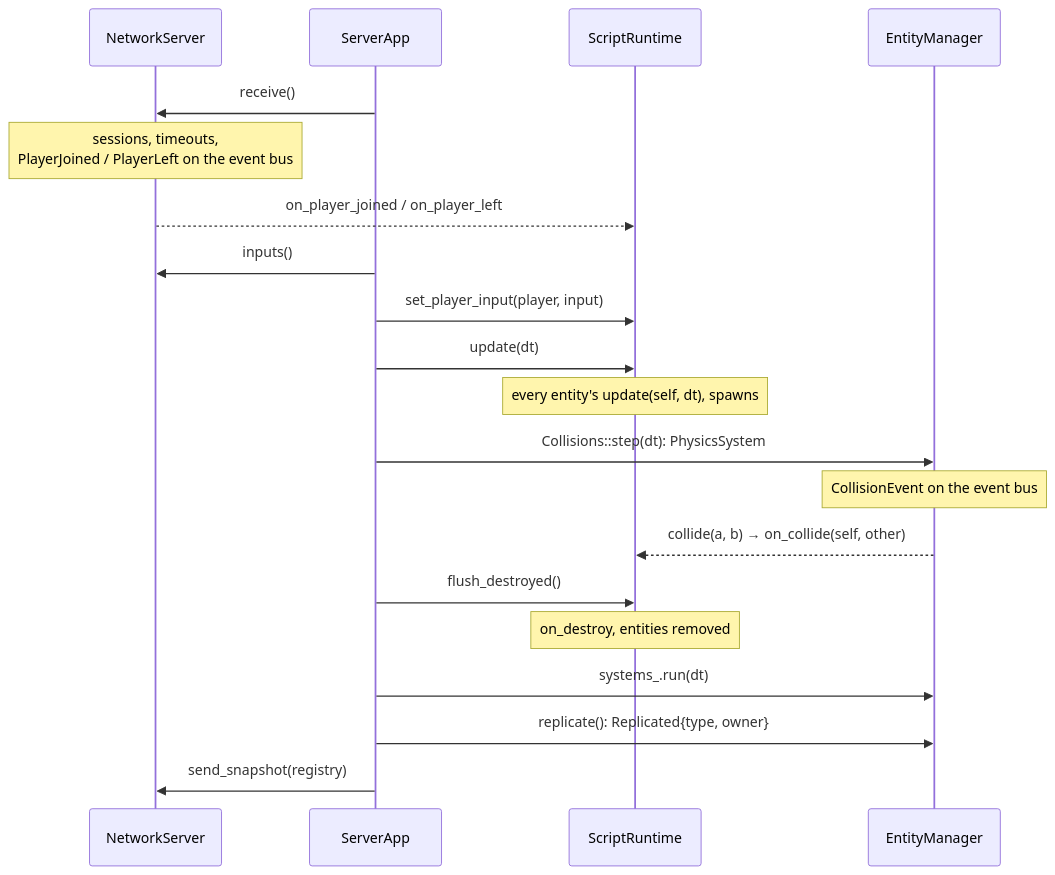
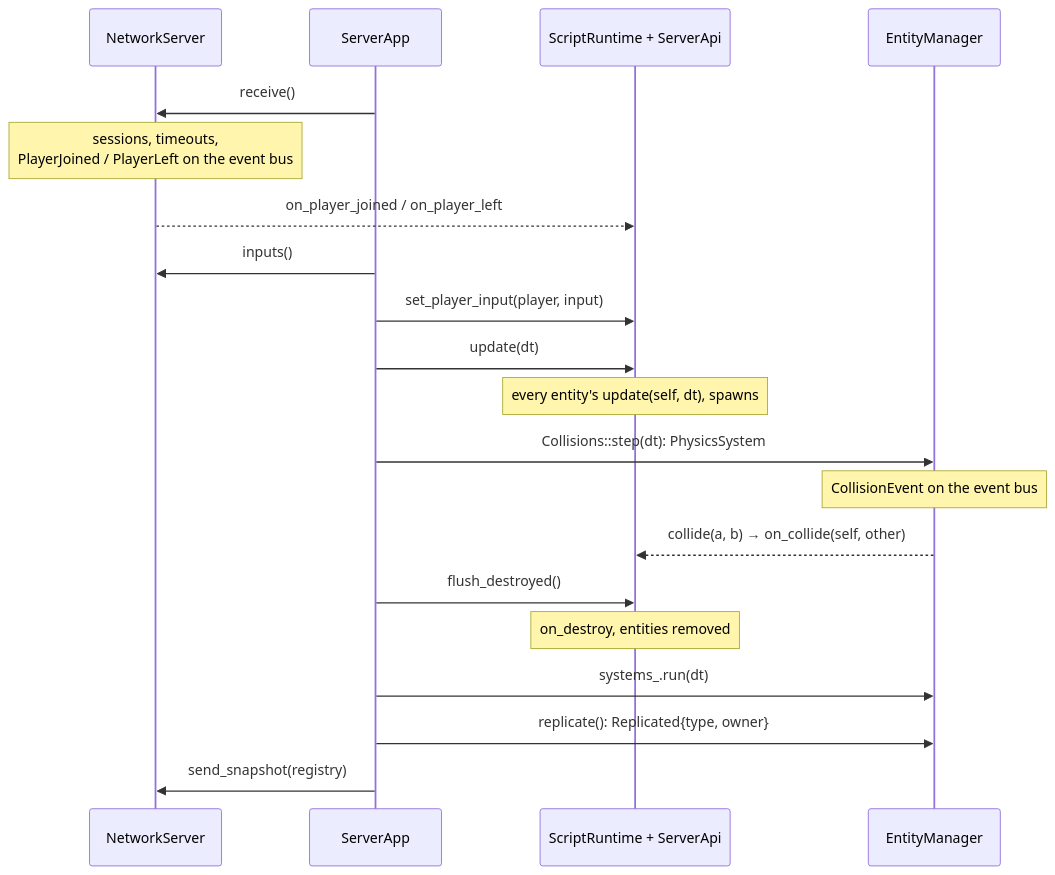
One commit to Saitamadupauvre/RType changed the fourth of 4 diagrams in docs/architecture.md. Above: the diagram before and after it, drawn with Mermaid. The commit also changed other lines of this file and 2 other files, not shown here.

Commit message:
docs(script): describe API sets and server/client sections

````diff
--- a/docs/architecture.md
+++ b/docs/architecture.md
@@ -319,22 +339,22 @@
 ```mermaid
 sequenceDiagram
     participant Net as NetworkServer
     participant App as ServerApp
-    participant Lua as ScriptRuntime
+    participant Lua as ScriptRuntime + ServerApi
     participant ECS as EntityManager
     App->>Net: receive()
     Note over Net: sessions, timeouts,<br/>PlayerJoined / PlayerLeft on the event bus
     Net-->>Lua: on_player_joined / on_player_left
     App->>Net: inputs()
     App->>Lua: set_player_input(player, input)
     App->>Lua: update(dt)
     Note over Lua: every entity's update(self, dt), spawns
     App->>ECS: Collisions::step(dt): PhysicsSystem
     Note over ECS: CollisionEvent on the event bus
     ECS-->>Lua: collide(a, b) → on_collide(self, other)
     App->>Lua: flush_destroyed()
     Note over Lua: on_destroy, entities removed
     App->>ECS: systems_.run(dt)
     App->>ECS: replicate(): Replicated{type, owner}
     App->>Net: send_snapshot(registry)
 ```
````
